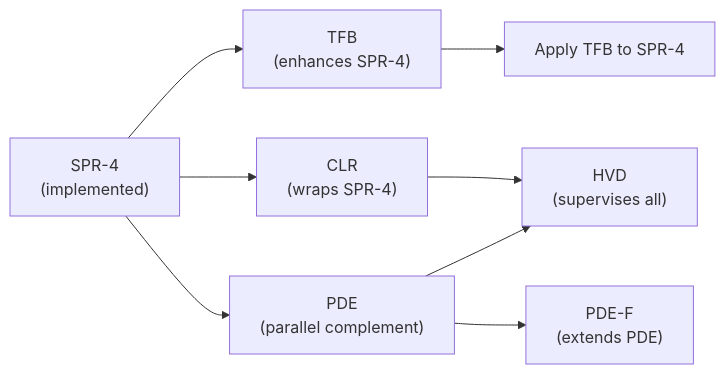
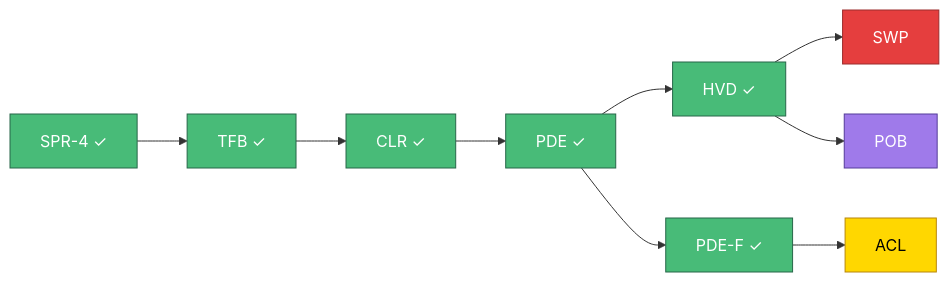
Before and after one commit to fsocietydisobey/genesis: diagram 15 of 15 in tasks/architecture-patterns-technical.md, drawn with Mermaid. The commit also changed other lines of this file and 2 other files, not shown here.

First line of the commit message:
add Otiyot, Revelation, Azerate to all architecture docs and genesis story

````diff
--- a/tasks/architecture-patterns-technical.md
+++ b/tasks/architecture-patterns-technical.md
@@ -581,10 +712,21 @@
 ```mermaid
 flowchart LR
-    A["SPR-4<br/>(implemented)"] --> S["TFB<br/>(enhances SPR-4)"]
-    A --> O["CLR<br/>(wraps SPR-4)"]
-    A --> L["PDE<br/>(parallel complement)"]
-    S --> O2["Apply TFB to SPR-4"]
-    O --> M["HVD<br/>(supervises all)"]
-    L --> M
-    L --> F["PDE-F<br/>(extends PDE)"]
+    A["SPR-4 ✓"] --> S["TFB ✓"]
+    S --> O["CLR ✓"]
+    O --> L["PDE ✓"]
+    L --> M["HVD ✓"]
+    L --> F["PDE-F ✓"]
+    F --> ACL_D["ACL"]
+    M --> SWP_D["SWP"]
+    M --> POB_D["POB"]
+
+    style A fill:#48bb78,stroke:#276749,color:#fff
+    style S fill:#48bb78,stroke:#276749,color:#fff
+    style O fill:#48bb78,stroke:#276749,color:#fff
+    style L fill:#48bb78,stroke:#276749,color:#fff
+    style M fill:#48bb78,stroke:#276749,color:#fff
+    style F fill:#48bb78,stroke:#276749,color:#fff
+    style ACL_D fill:#ffd700,stroke:#b8860b,color:#000
+    style SWP_D fill:#e53e3e,stroke:#9b2c2c,color:#fff
+    style POB_D fill:#9f7aea,stroke:#553c9a,color:#fff
 ```
````
